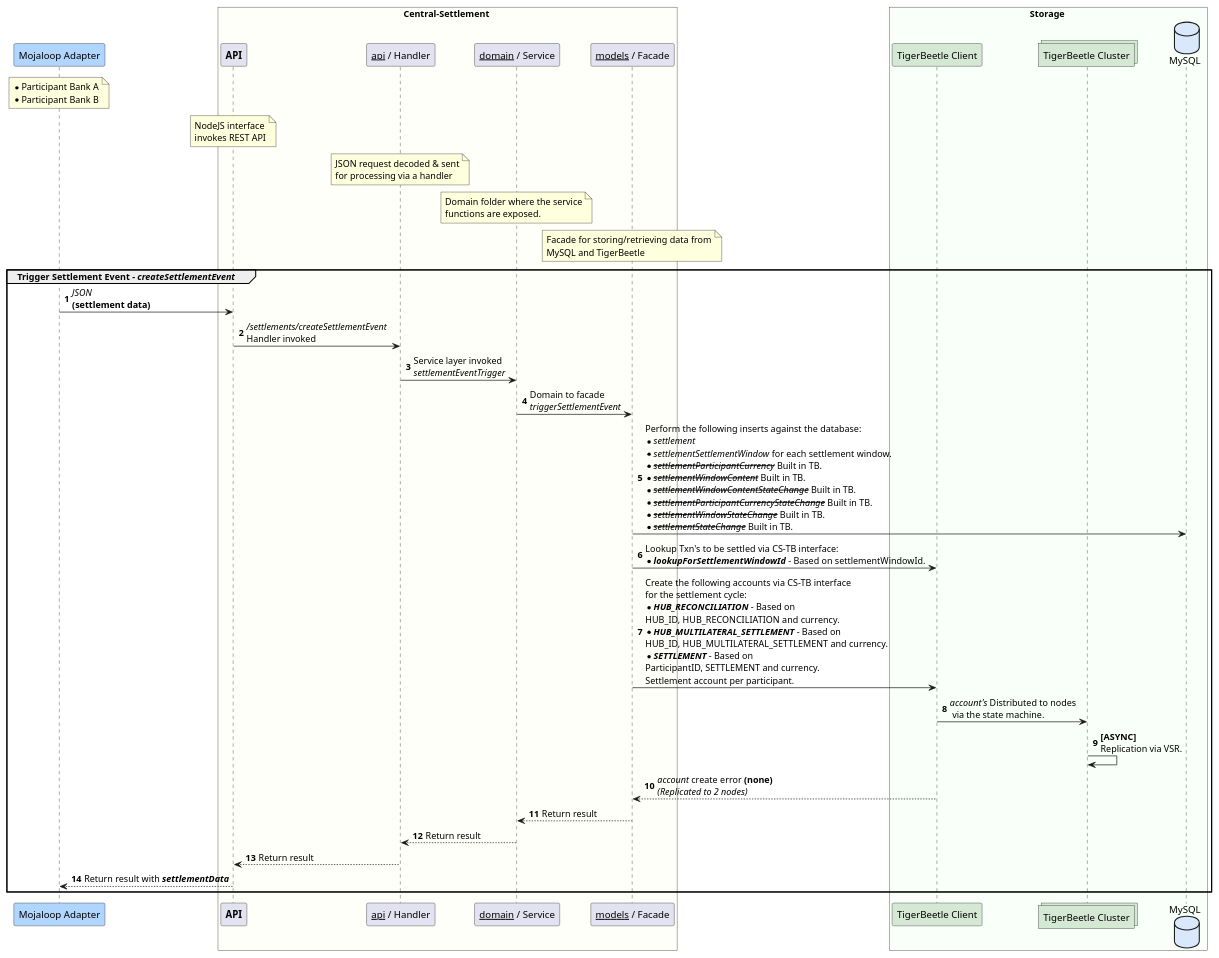
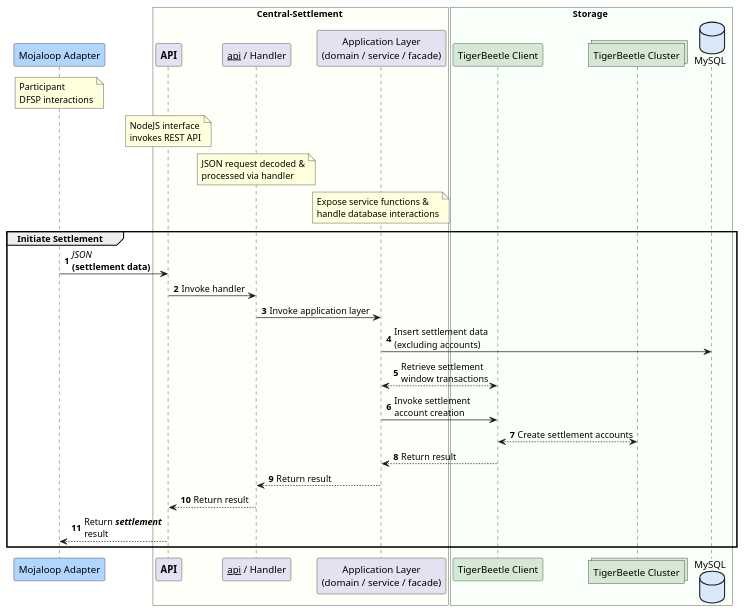
Before and after one commit to coilhq/mucoa: the diagram in solution_design/sequence-settlement-tb-enabled-trigger.puml, drawn with PlantUML. The commit also changed 28 other files, not shown here.

```diff
--- a/solution_design/sequence-settlement-tb-enabled-trigger.puml
+++ b/solution_design/sequence-settlement-tb-enabled-trigger.puml
@@ -1,60 +1,52 @@
 @startuml
 
 participant "Mojaloop Adapter" as dfsp #B0D5FF
 note over dfsp
-    * Participant Bank A
-    * Participant Bank B
+    Participant
+    DFSP interactions
 end note
 
 box Central-Settlement #FFFFF9
-    participant "**API**" as cl_api
+    participant "**API**" as cs_api
     participant "__api__ / Handler" as cs_handler
-    participant "__domain__ / Service" as cs_domain
-    participant "__models__ / Facade" as cs_facade
+    participant "Application Layer\n(domain / service / facade)" as cs_domain
 
-note over cl_api
+note over cs_api
         NodeJS interface
         invokes REST API
     end note
 
     note over cs_handler
-        JSON request decoded & sent
-        for processing via a handler
+        JSON request decoded &
+        processed via handler
     end note
 
     note over cs_domain
-        Domain folder where the service
-        functions are exposed.
+        Expose service functions &
+        handle database interactions
     end note
 
-    note over cs_facade
-        Facade for storing/retrieving data from
-        MySQL and TigerBeetle
-    end note
 end box
 
 box Storage #F9FFF9
 	participant "TigerBeetle Client" as tb_client #D5E8D4
 	collections "TigerBeetle Cluster" as tb_nodes #D5E8D4
 	database "MySQL" as cl_db #DAE8FC
 end box
 
 autonumber
-group Trigger Settlement Event - //createSettlementEvent//
-    dfsp -> cl_api : //JSON// \n**(settlement data)**
-    cl_api -> cs_handler : ///settlements/createSettlementEvent// \nHandler invoked
-    cs_handler -> cs_domain : Service layer invoked\n//settlementEventTrigger//
-    cs_domain -> cs_facade : Domain to facade\n//triggerSettlementEvent//
-    cs_facade -> cl_db : Perform the following inserts against the database:\n*//settlement//\n*//settlementSettlementWindow// for each settlement window.\n*--//settlementParticipantCurrency//-- Built in TB. \n*--//settlementWindowContent//-- Built in TB. \n*--//settlementWindowContentStateChange//-- Built in TB. \n*--//settlementParticipantCurrencyStateChange//-- Built in TB.\n*--//settlementWindowStateChange//-- Built in TB.\n*--//settlementStateChange//-- Built in TB.
-    cs_facade -> tb_client : Lookup Txn's to be settled via CS-TB interface:\n*//**lookupForSettlementWindowId**// - Based on settlementWindowId.
-    cs_facade -> tb_client : Create the following accounts via CS-TB interface \nfor the settlement cycle:\n*//**HUB_RECONCILIATION**// - Based on \nHUB_ID, HUB_RECONCILIATION and currency.\n*//**HUB_MULTILATERAL_SETTLEMENT**// - Based on \nHUB_ID, HUB_MULTILATERAL_SETTLEMENT and currency.\n*//**SETTLEMENT**// - Based on \nParticipantID, SETTLEMENT and currency.\nSettlement account per participant.
-    tb_client -> tb_nodes : //account's// Distributed to nodes\n via the state machine.
-    tb_nodes -> tb_nodes : **[ASYNC]**\nReplication via VSR.
-    tb_client --> cs_facade : //account// create error **(none)**\n//(Replicated to 2 nodes)//
-    cs_facade --> cs_domain : Return result
+group Initiate Settlement
+    dfsp -> cs_api : //JSON// \n**(settlement data)**
+    cs_api -> cs_handler : Invoke handler
+    cs_handler -> cs_domain : Invoke application layer
+    cs_domain -> cl_db : Insert settlement data \n(excluding accounts)
+    cs_domain <--> tb_client : Retrieve settlement \nwindow transactions
+    cs_domain -> tb_client : Invoke settlement \naccount creation
+    tb_client <--> tb_nodes : Create settlement accounts
+    tb_client --> cs_domain : Return result
     cs_domain --> cs_handler : Return result
-    cs_handler --> cl_api : Return result
-    cl_api --> dfsp : Return result with //**settlementData**//
+    cs_handler --> cs_api : Return result
+    cs_api --> dfsp : Return //**settlement**// \nresult
 end
 
 @enduml
```
